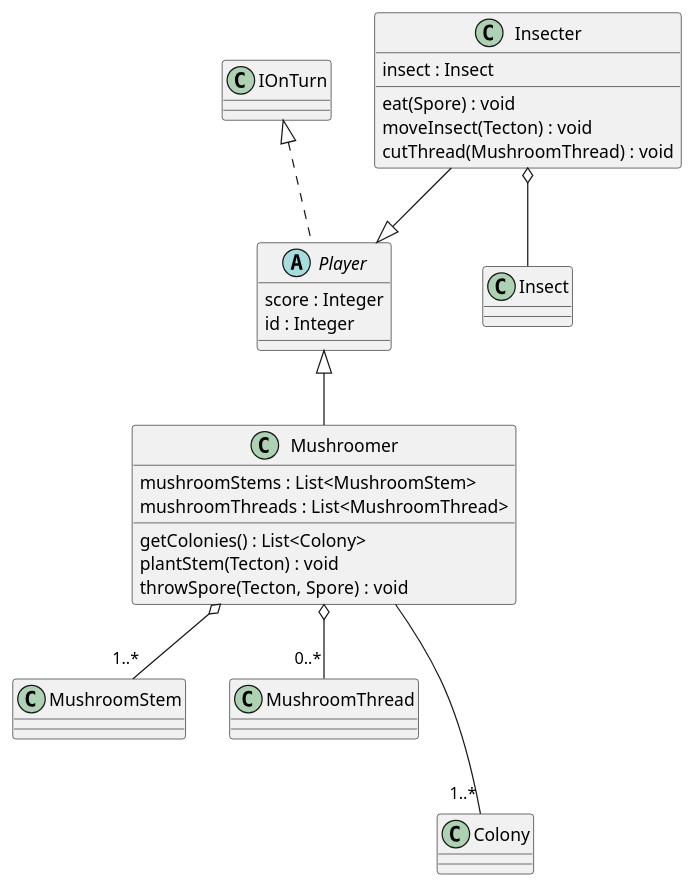
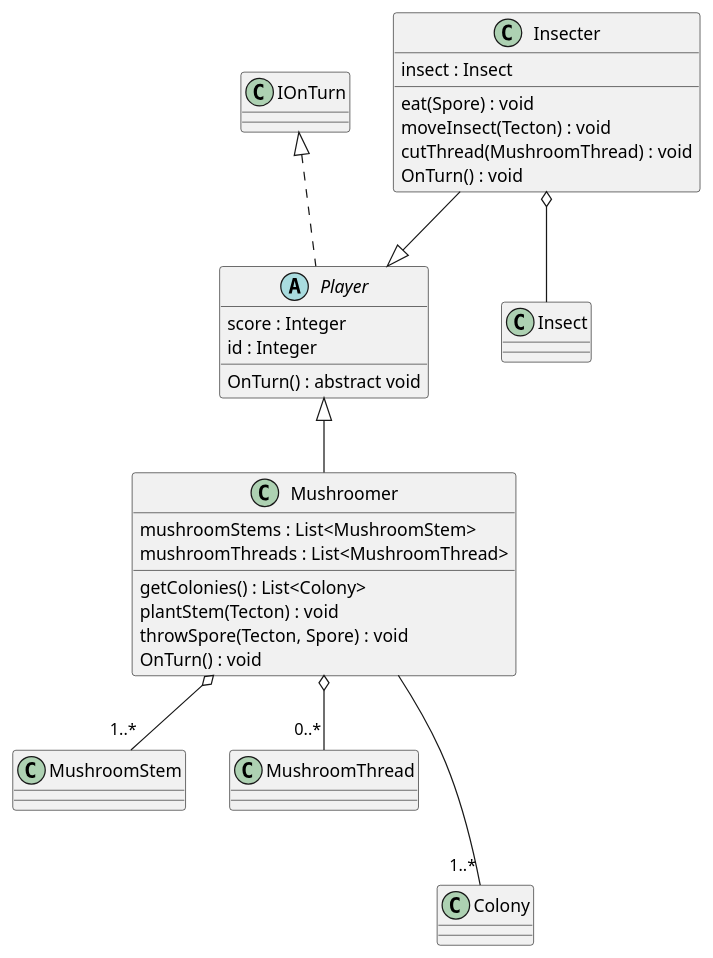
The diagram in 3/classes/player.puml (Petya-G/fungorium), drawn with PlantUML before and after one commit. The commit also changed 8 other files, not shown here.

```diff
--- a/3/classes/player.puml
+++ b/3/classes/player.puml
@@ -1,28 +1,31 @@
 @startuml player
 IOnTurn <|.. Player
 abstract class Player{
     score : Integer
     id : Integer
+    OnTurn() : abstract void
 }
 
 Player <|-- Mushroomer
 Mushroomer o-- "1..*" MushroomStem
 Mushroomer o-- "0..*" MushroomThread
 Mushroomer --- "1..*" Colony
 class Mushroomer{
     mushroomStems : List<MushroomStem>
     mushroomThreads : List<MushroomThread>
     getColonies() : List<Colony>
     plantStem(Tecton) : void
     throwSpore(Tecton, Spore) : void
+    OnTurn() : void
 }
 
 Insecter --|> Player
 Insecter o-- Insect
 class Insecter{
     insect : Insect
     eat(Spore) : void
     moveInsect(Tecton) : void
     cutThread(MushroomThread) : void
+    OnTurn() : void
 }
 @enduml
```
